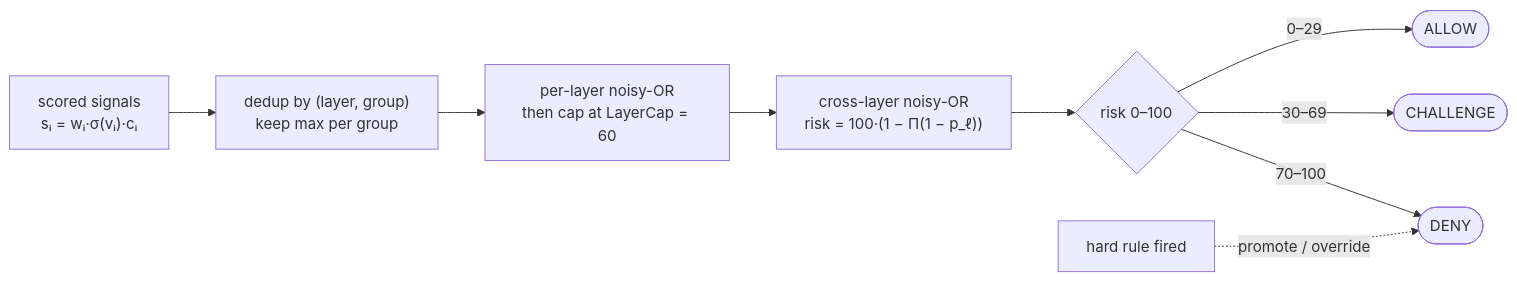
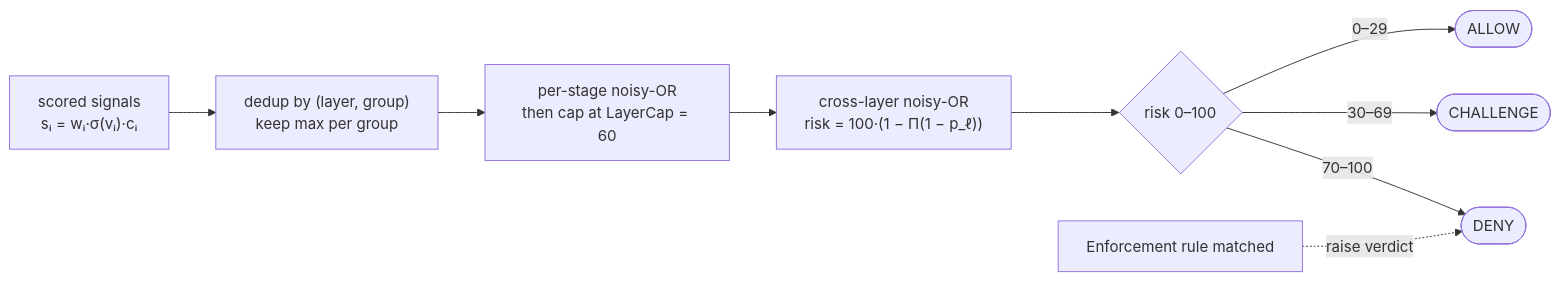
One commit to modootoday/humanymous changed the diagram in docs/explanation/detection-engine-internals.md. Above: the diagram before and after it, drawn with Mermaid. The commit also changed other lines of this file and 62 other files, not shown here.

````diff
--- a/docs/explanation/detection-engine-internals.md
+++ b/docs/explanation/detection-engine-internals.md
@@ -109,11 +109,11 @@
 ```mermaid
 flowchart LR
   S["scored signals<br/>sᵢ = wᵢ·σ(vᵢ)·cᵢ"] --> D["dedup by (layer, group)<br/>keep max per group"]
-  D --> C["per-layer noisy-OR<br/>then cap at LayerCap = 60"]
+  D --> C["per-stage noisy-OR<br/>then cap at LayerCap = 60"]
   C --> N["cross-layer noisy-OR<br/>risk = 100·(1 − Π(1 − p_ℓ))"]
   N --> R{"risk 0–100"}
   R -->|"0–29"| A([ALLOW])
   R -->|"30–69"| H([CHALLENGE])
   R -->|"70–100"| Y([DENY])
-  HR["hard rule fired"] -. "promote / override" .-> Y
+  Rule["Enforcement rule matched"] -. "raise verdict" .-> Y
 ```
````
